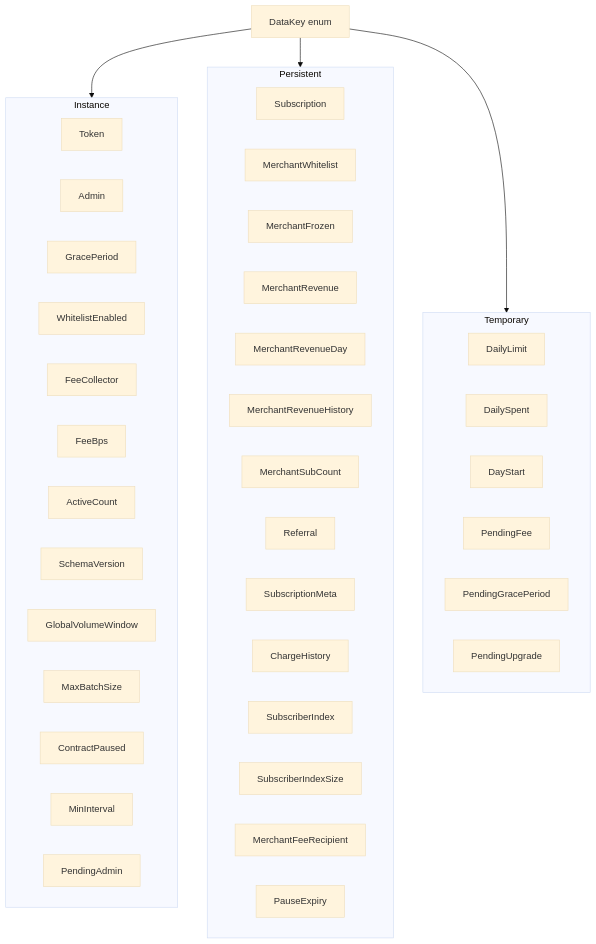
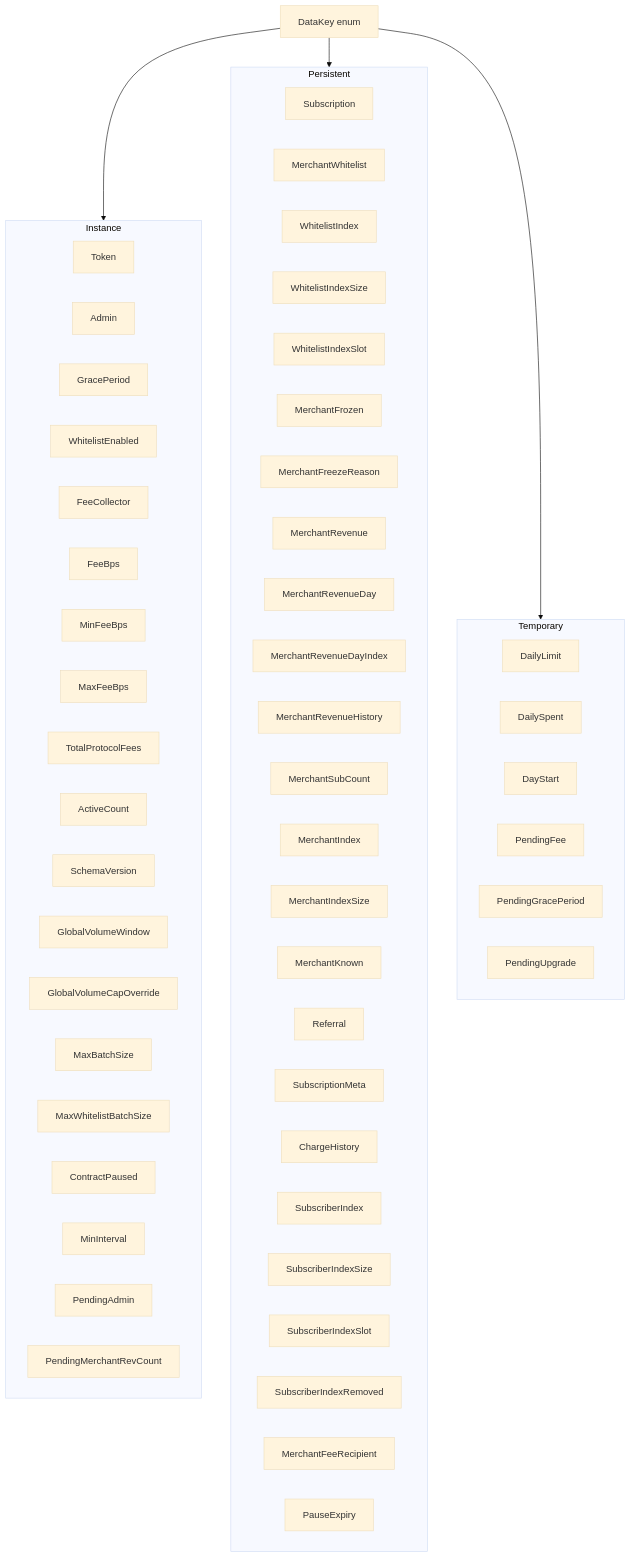
Before and after one commit to Kingsuite/PayFlow: the diagram in docs/architecture/storage_and_ttl.md, drawn with Mermaid (base theme). The commit also changed other lines of this file and 1 other file, not shown here.

First line of the commit message:
docs: complete DataKey reference in storage and architecture docs

````diff
--- a/docs/architecture/storage_and_ttl.md
+++ b/docs/architecture/storage_and_ttl.md
@@ -82,48 +97,64 @@
 ```mermaid
 graph TD
     DataKey[DataKey enum] --> Instance[Instance]
     DataKey --> Persistent[Persistent]
     DataKey --> Temporary[Temporary]
 
     subgraph Instance
         Token
         Admin
         GracePeriod
         WhitelistEnabled
         FeeCollector
         FeeBps
+        MinFeeBps
+        MaxFeeBps
+        TotalProtocolFees
         ActiveCount
         SchemaVersion
         GlobalVolumeWindow
+        GlobalVolumeCapOverride
         MaxBatchSize
+        MaxWhitelistBatchSize
         ContractPaused
         MinInterval
         PendingAdmin
+        PendingMerchantRevCount
     end
 
     subgraph Persistent
         Subscription
         MerchantWhitelist
+        WhitelistIndex
+        WhitelistIndexSize
+        WhitelistIndexSlot
         MerchantFrozen
+        MerchantFreezeReason
         MerchantRevenue
         MerchantRevenueDay
+        MerchantRevenueDayIndex
         MerchantRevenueHistory
         MerchantSubCount
+        MerchantIndex
+        MerchantIndexSize
+        MerchantKnown
         Referral
         SubscriptionMeta
         ChargeHistory
         SubscriberIndex
         SubscriberIndexSize
+        SubscriberIndexSlot
+        SubscriberIndexRemoved
         MerchantFeeRecipient
         PauseExpiry
     end
 
     subgraph Temporary
         DailyLimit
         DailySpent
         DayStart
         PendingFee
         PendingGracePeriod
         PendingUpgrade
     end
 ```
````
